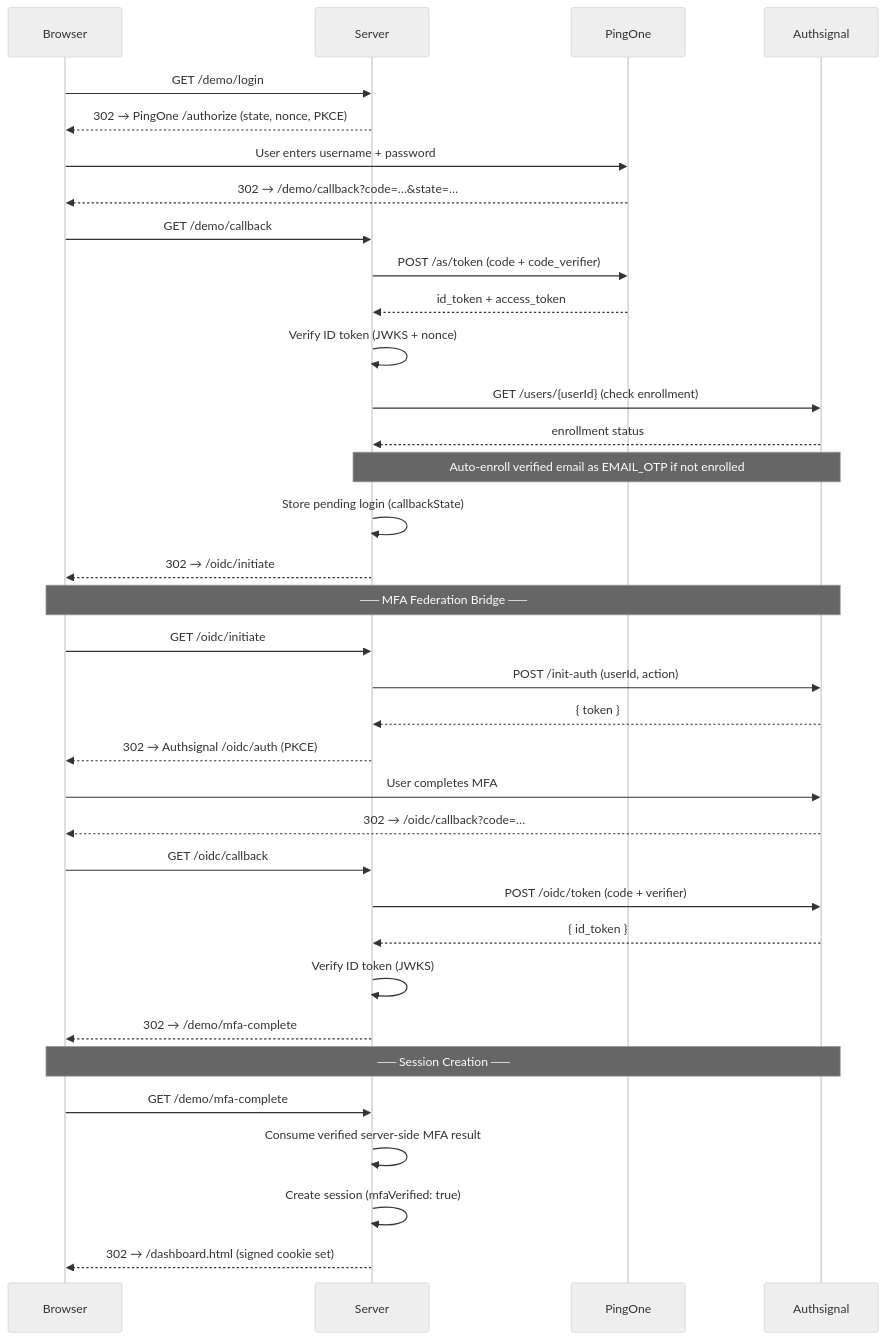
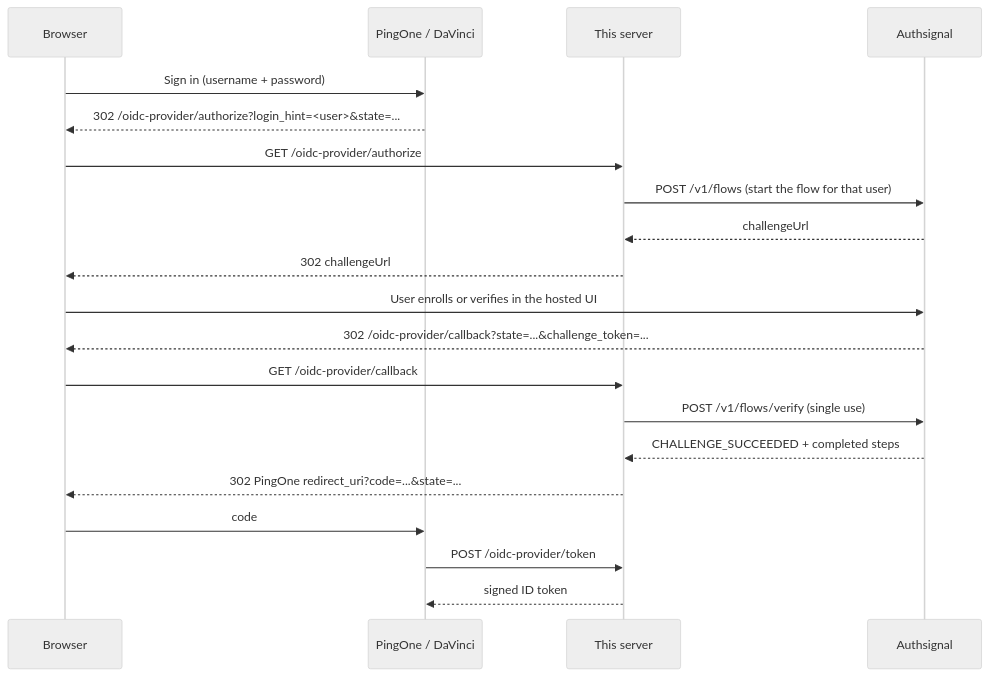
The first of 2 diagrams in README.md (Ashutosh-Bhadauriya/authsignal-pingone), drawn with Mermaid (neutral theme) before and after one commit. The commit also changed other lines of this file and 26 other files, not shown here.

First line of the commit message:
Rebuild the bridge as an OIDC provider on Authsignal Flows

````diff
--- a/README.md
+++ b/README.md
@@ -35,48 +9,23 @@
 ```mermaid
 sequenceDiagram
     participant B as Browser
-    participant S as Server
-    participant P as PingOne
+    participant P as PingOne / DaVinci
+    participant S as This server
     participant A as Authsignal
 
-    B->>S: GET /demo/login
-    S-->>B: 302 → PingOne /authorize (state, nonce, PKCE)
-
-    B->>P: User enters username + password
-    P-->>B: 302 → /demo/callback?code=…&state=…
-
-    B->>S: GET /demo/callback
-    S->>P: POST /as/token (code + code_verifier)
-    P-->>S: id_token + access_token
-    S->>S: Verify ID token (JWKS + nonce)
-
-    S->>A: GET /users/{userId} (check enrollment)
-    A-->>S: enrollment status
-    Note over S,A: Auto-enroll verified email as EMAIL_OTP if not enrolled
-
-    S->>S: Store pending login (callbackState)
-    S-->>B: 302 → /oidc/initiate
-
-    Note over B,A: ── MFA Federation Bridge ──
-
-    B->>S: GET /oidc/initiate
-    S->>A: POST /init-auth (userId, action)
-    A-->>S: { token }
-    S-->>B: 302 → Authsignal /oidc/auth (PKCE)
-
-    B->>A: User completes MFA
-    A-->>B: 302 → /oidc/callback?code=…
-
-    B->>S: GET /oidc/callback
-    S->>A: POST /oidc/token (code + verifier)
-    A-->>S: { id_token }
-    S->>S: Verify ID token (JWKS)
-    S-->>B: 302 → /demo/mfa-complete
-
-    Note over B,A: ── Session Creation ──
-
-    B->>S: GET /demo/mfa-complete
-    S->>S: Consume verified server-side MFA result
-    S->>S: Create session (mfaVerified: true)
-    S-->>B: 302 → /dashboard.html (signed cookie set)
+    B->>P: Sign in (username + password)
+    P-->>B: 302 /oidc-provider/authorize?login_hint=<user>&state=...
+    B->>S: GET /oidc-provider/authorize
+    S->>A: POST /v1/flows (start the flow for that user)
+    A-->>S: challengeUrl
+    S-->>B: 302 challengeUrl
+    B->>A: User enrolls or verifies in the hosted UI
+    A-->>B: 302 /oidc-provider/callback?state=...&challenge_token=...
+    B->>S: GET /oidc-provider/callback
+    S->>A: POST /v1/flows/verify (single use)
+    A-->>S: CHALLENGE_SUCCEEDED + completed steps
+    S-->>B: 302 PingOne redirect_uri?code=...&state=...
+    B->>P: code
+    P->>S: POST /oidc-provider/token
+    S-->>P: signed ID token
 ```
````
